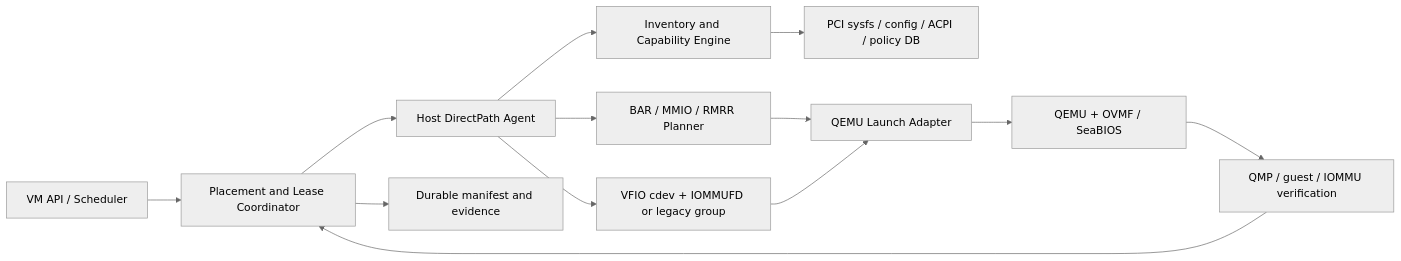
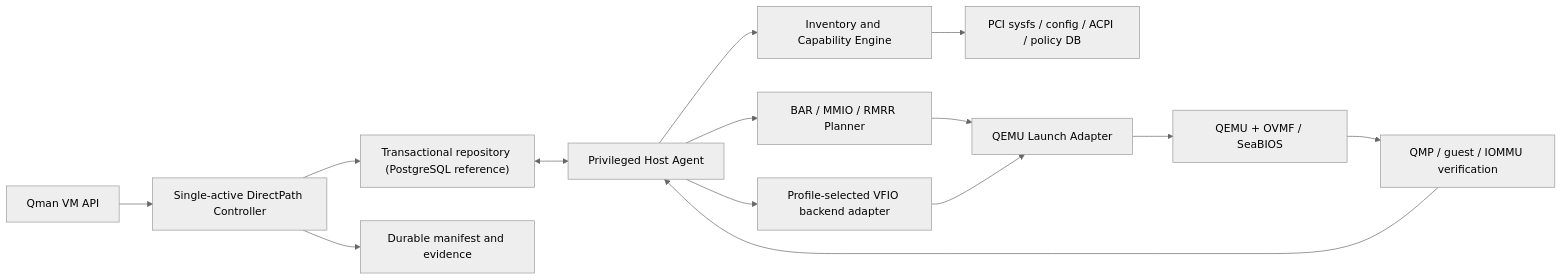
Before and after one commit to JoJoJoinme/pci-mmio-notes: the seventh of 21 diagrams in qemu-static-dynamic-directpath-design.md, drawn with Mermaid (neutral theme). The commit also changed other lines of this file and 48 other files, not shown here.

Commit message:
Converge DirectPath V3 contracts and evidence

````diff
--- a/qemu-static-dynamic-directpath-design.md
+++ b/qemu-static-dynamic-directpath-design.md
@@ -549,15 +574,16 @@
 ```mermaid
 flowchart LR
-    API["VM API / Scheduler"] --> COORD["Placement and Lease Coordinator"]
-    COORD --> AGENT["Host DirectPath Agent"]
+    API["Qman VM API"] --> COORD["Single-active DirectPath Controller"]
+    COORD --> STORE["Transactional repository (PostgreSQL reference)"]
+    STORE <--> AGENT["Privileged Host Agent"]
     AGENT --> INV["Inventory and Capability Engine"]
     INV --> SYSFS["PCI sysfs / config / ACPI / policy DB"]
-    AGENT --> VFIO["VFIO cdev + IOMMUFD or legacy group"]
+    AGENT --> VFIO["Profile-selected VFIO backend adapter"]
     AGENT --> PLAN["BAR / MMIO / RMRR Planner"]
     PLAN --> LAUNCH["QEMU Launch Adapter"]
     VFIO --> LAUNCH
     LAUNCH --> QEMU["QEMU + OVMF / SeaBIOS"]
     QEMU --> VERIFY["QMP / guest / IOMMU verification"]
-    VERIFY --> COORD
+    VERIFY --> AGENT
     COORD --> AUDIT["Durable manifest and evidence"]
 ```
````
